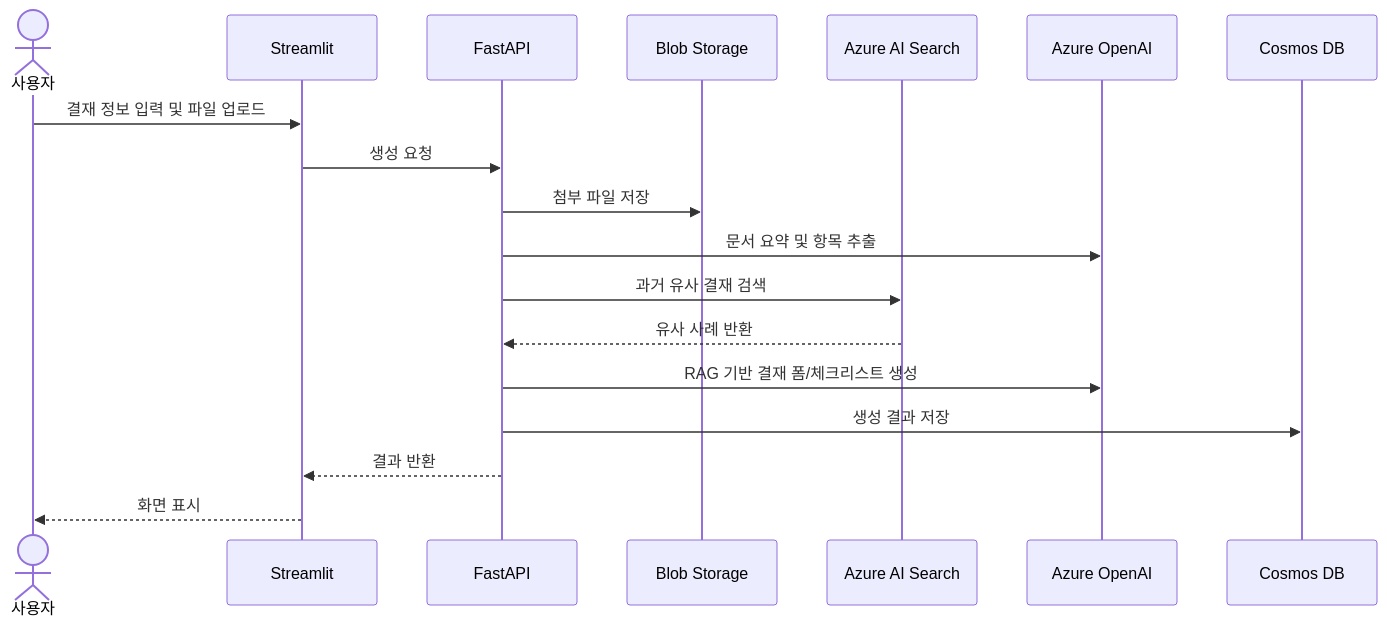
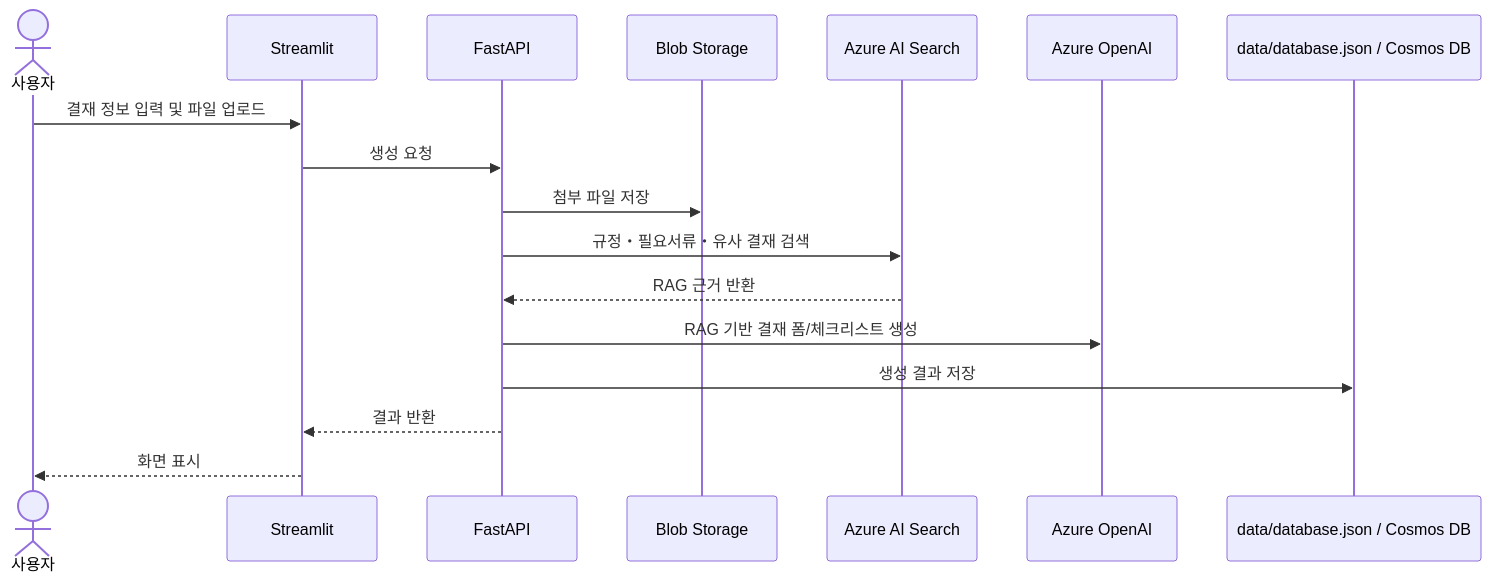
Before and after one commit to intaegi/ai_assist_project: the second of 3 diagrams in docs/decision_rag_presentation_outline_ko.md, drawn with Mermaid. The commit also changed other lines of this file and 10 other files, not shown here.

Commit message:
Align UI sections and update RAG flow docs

````diff
--- a/docs/decision_rag_presentation_outline_ko.md
+++ b/docs/decision_rag_presentation_outline_ko.md
@@ -44,21 +44,20 @@
 ```mermaid
 sequenceDiagram
     actor U as 사용자
     participant S as Streamlit
     participant F as FastAPI
     participant B as Blob Storage
     participant A as Azure AI Search
     participant O as Azure OpenAI
-    participant C as Cosmos DB
+    participant C as data/database.json / Cosmos DB
 
     U->>S: 결재 정보 입력 및 파일 업로드
     S->>F: 생성 요청
     F->>B: 첨부 파일 저장
-    F->>O: 문서 요약 및 항목 추출
-    F->>A: 과거 유사 결재 검색
-    A-->>F: 유사 사례 반환
+    F->>A: 규정・필요서류・유사 결재 검색
+    A-->>F: RAG 근거 반환
     F->>O: RAG 기반 결재 폼/체크리스트 생성
     F->>C: 생성 결과 저장
     F-->>S: 결과 반환
     S-->>U: 화면 표시
 ```
````
